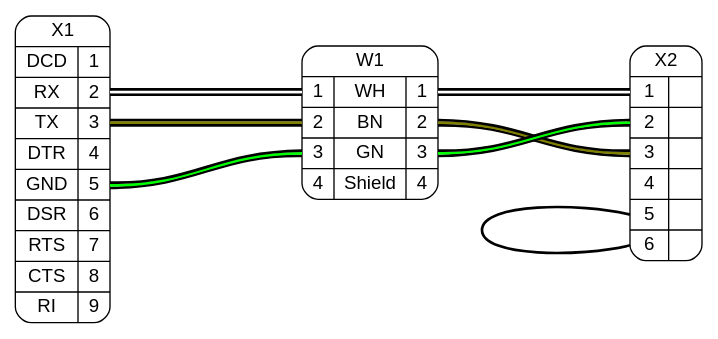
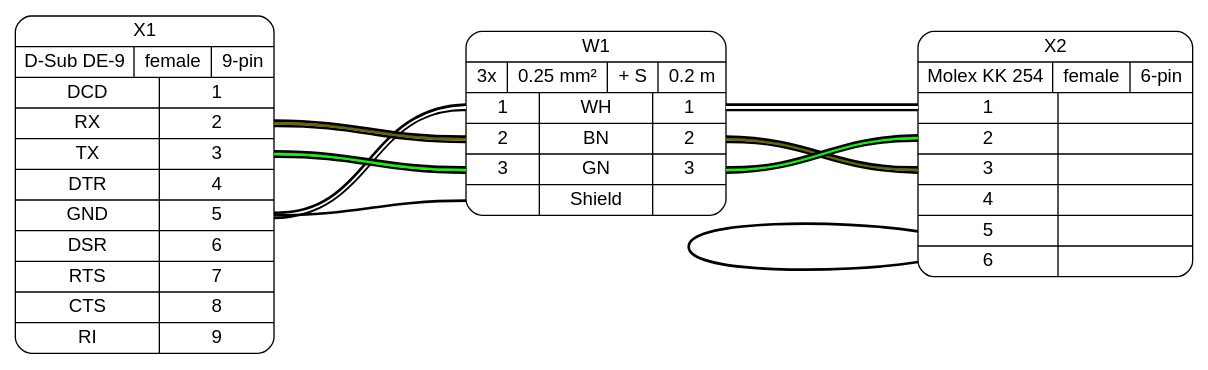
The diagram in src/output/output_ex1.dot (wireviz/WireViz), drawn with Graphviz before and after one commit. The commit also changed 2 other files, not shown here.

```diff
--- a/src/output/output_ex1.dot
+++ b/src/output/output_ex1.dot
@@ -1,24 +1,29 @@
+// Graph generated by WireViz
+// https://github.com/formatc1702/WireViz
+// Daniel Rojas - 2020
+
 digraph G {
     graph [rankdir = LR, ranksep=2, fontname = "arial"];
     edge [arrowhead=none, fontname = "arial"];
     node [shape=record, style=rounded, fontname = "arial"];
 
 
-X1[label="X1 | {{DCD|RX|TX|DTR|GND|DSR|RTS|CTS|RI} | {<p1>1|<p2>2|<p3>3|<p4>4|<p5>5|<p6>6|<p7>7|<p8>8|<p9>9}}}"]
+X1[label="X1 | {D-Sub DE-9|female|9-pin} | {{DCD|RX|TX|DTR|GND|DSR|RTS|CTS|RI} | {<p1>1|<p2>2|<p3>3|<p4>4|<p5>5|<p6>6|<p7>7|<p8>8|<p9>9}}}"]
 
-X2[label="X2 | {{<p1>1|<p2>2|<p3>3|<p4>4|<p5>5|<p6>6} | {|||||}}}"]
+X2[label="X2 | {Molex KK 254|female|6-pin} | {{<p1>1|<p2>2|<p3>3|<p4>4|<p5>5|<p6>6} | {|||||}}}"]
 
 {edge[style=bold]
 X2:p5:w -> X2:p6:w
 }
 
-W1[label="W1 | {{<w1i>1|<w2i>2|<w3i>3|<w4i>4} | {WH|BN|GN|Shield} | {<w1o>1|<w2o>2|<w3o>3|<w4o>4}}}"]
+W1[label="W1 | {3x|0.25 mm²| + S|0.2 m} | {{<w1i>1|<w2i>2|<w3i>3|<wsi>} | {WH|BN|GN|Shield} | {<w1o>1|<w2o>2|<w3o>3|<wso>}}}"]
 
 {edge[style=bold]
-{edge[color="#000000:#ffffff:#000000"] X1:p2 -> W1:w1i; W1:w1o -> X2:p1}
-{edge[color="#000000:#808000:#000000"] X1:p3 -> W1:w2i; W1:w2o -> X2:p3}
-{edge[color="#000000:#00ff00:#000000"] X1:p5 -> W1:w3i; W1:w3o -> X2:p2}
+{edge[color="#000000:#ffffff:#000000"] X1:p5 -> W1:w1i; W1:w1o -> X2:p1}
+{edge[color="#000000:#666600:#000000"] X1:p2 -> W1:w2i; W1:w2o -> X2:p3}
+{edge[color="#000000:#00ff00:#000000"] X1:p3 -> W1:w3i; W1:w3o -> X2:p2}
+{X1:p5 -> W1:wsi; }
 }
 
 
 }
```
